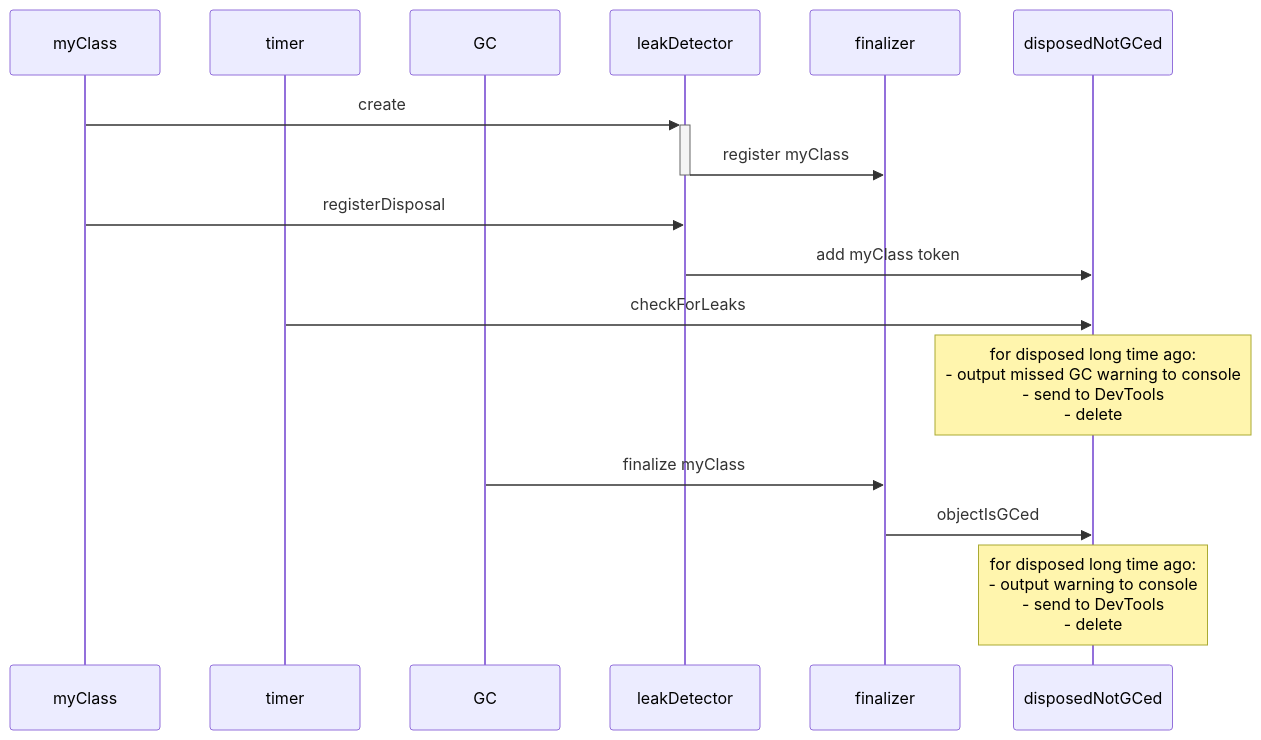
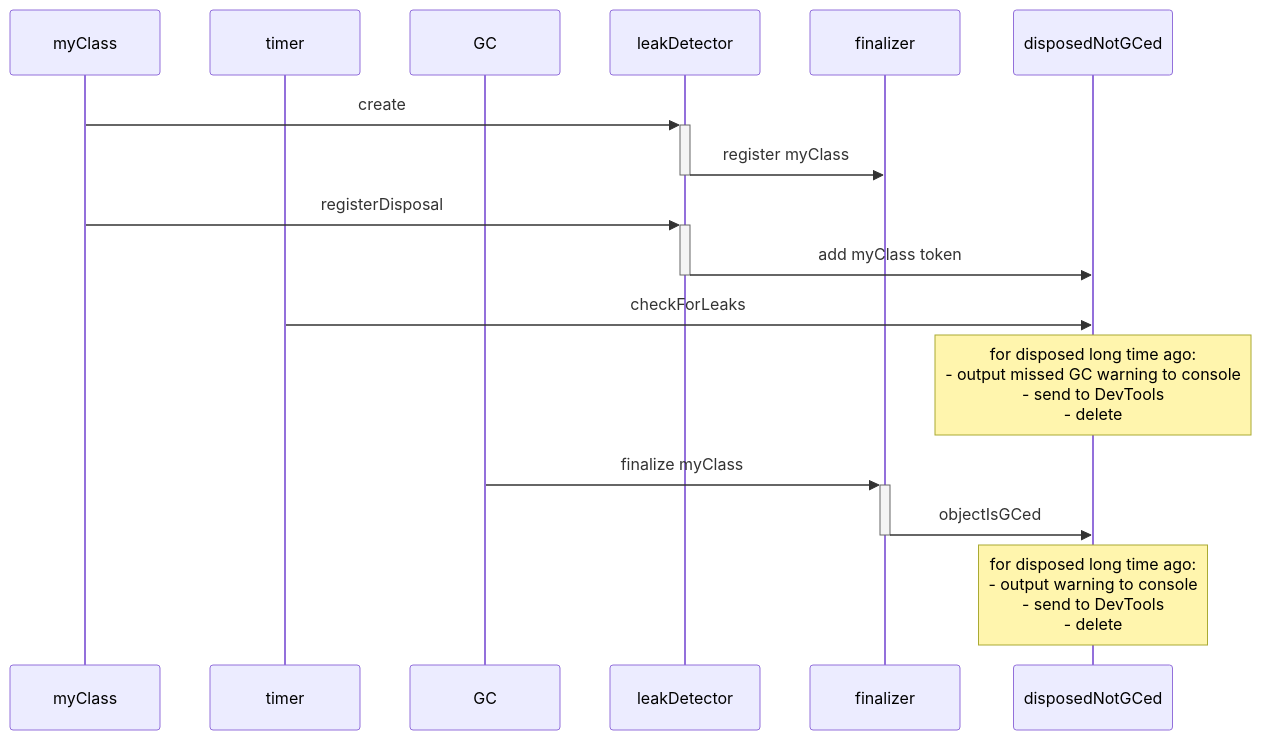
One commit to polina-c/spikes changed the diagram in dart-leaks/doc/leak_detection.md. Above: the diagram before and after it, drawn with Mermaid.

````diff
--- a/dart-leaks/doc/leak_detection.md
+++ b/dart-leaks/doc/leak_detection.md
@@ -1,17 +1,17 @@
 ```mermaid
 sequenceDiagram
     participant myClass
     participant timer
     participant GC
 
     myClass ->>+ leakDetector: create
     leakDetector ->>- finalizer: register myClass
-    myClass ->> leakDetector: registerDisposal
-    leakDetector ->> disposedNotGCed: add myClass token
+    myClass ->>+ leakDetector: registerDisposal
+    leakDetector ->>- disposedNotGCed: add myClass token
     timer ->> disposedNotGCed: checkForLeaks
     Note over disposedNotGCed: for disposed long time ago:<br/>- output missed GC warning to console<br/>- send to DevTools<br/>- delete
-    GC ->> finalizer: finalize myClass
-    finalizer ->> disposedNotGCed: objectIsGCed
+    GC ->>+ finalizer: finalize myClass
+    finalizer ->>- disposedNotGCed: objectIsGCed
     Note over disposedNotGCed: for disposed long time ago:<br/>- output warning to console<br/>- send to DevTools<br/>- delete
     	 
 ```
````
